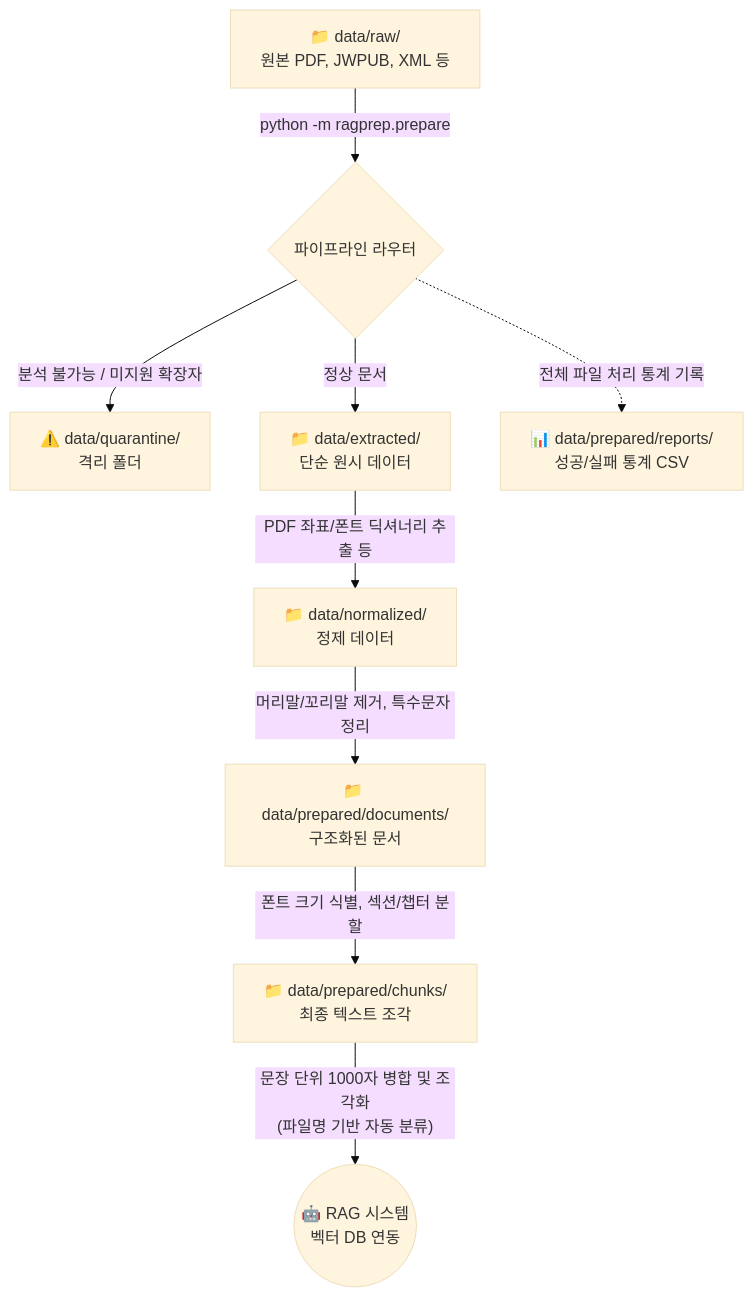
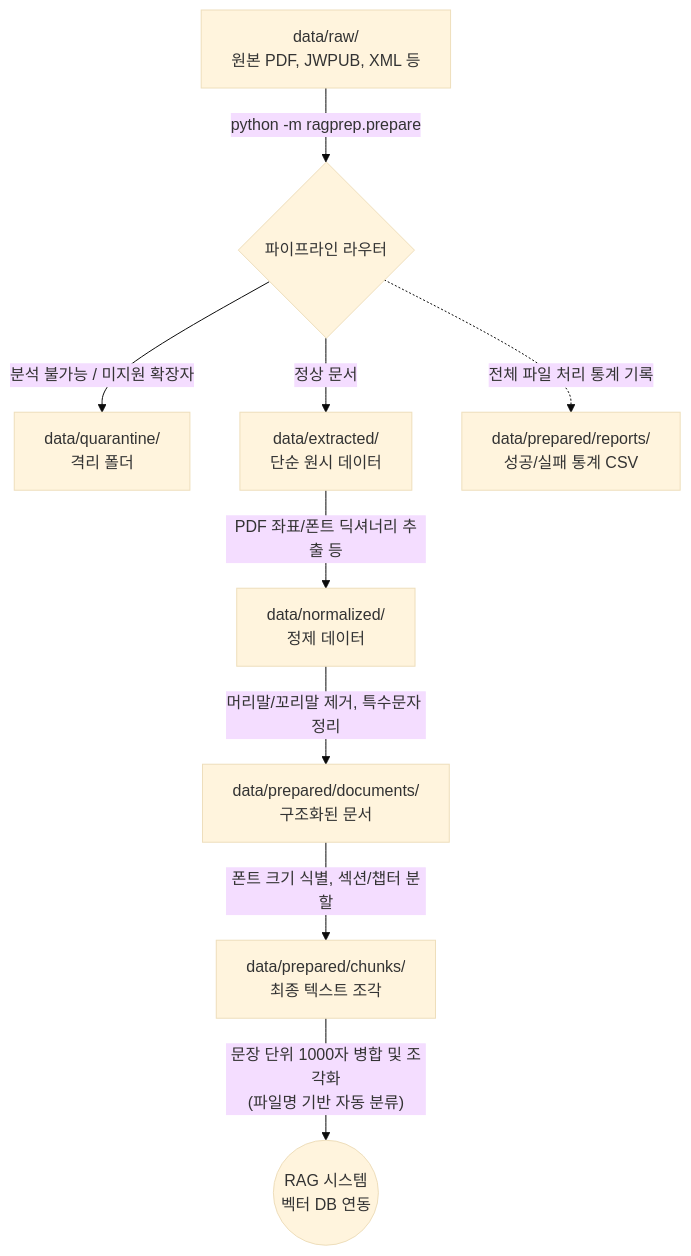
Before and after one commit to BrianChanLEE/RAG-Data-Preparation-Pipeline: the diagram in USAGE_GUIDE.md, drawn with Mermaid (base theme). The commit also changed other lines of this file and 8 other files, not shown here.

````diff
--- a/USAGE_GUIDE.md
+++ b/USAGE_GUIDE.md
@@ -26,17 +26,17 @@
 ```mermaid
 graph TD
-    RAW["📁 data/raw/ <br/>원본 PDF, JWPUB, XML 등"] -->|"python -m ragprep.prepare"| ROUTER{"파이프라인 라우터"}
+    RAW[" data/raw/ <br/>원본 PDF, JWPUB, XML 등"] -->|"python -m ragprep.prepare"| ROUTER{"파이프라인 라우터"}
     
-    ROUTER -->|"분석 불가능 / 미지원 확장자"| QUAR["⚠️ data/quarantine/<br/>격리 폴더"]
-    ROUTER -->|"정상 문서"| EXTRACT["📁 data/extracted/<br/>단순 원시 데이터"]
+    ROUTER -->|"분석 불가능 / 미지원 확장자"| QUAR[" data/quarantine/<br/>격리 폴더"]
+    ROUTER -->|"정상 문서"| EXTRACT[" data/extracted/<br/>단순 원시 데이터"]
     
-    EXTRACT -->|"PDF 좌표/폰트 딕셔너리 추출 등"| NORMALIZE["📁 data/normalized/<br/>정제 데이터"]
+    EXTRACT -->|"PDF 좌표/폰트 딕셔너리 추출 등"| NORMALIZE[" data/normalized/<br/>정제 데이터"]
     
-    NORMALIZE -->|"머리말/꼬리말 제거, 특수문자 정리"| DOCUMENT["📁 data/prepared/documents/<br/>구조화된 문서"]
+    NORMALIZE -->|"머리말/꼬리말 제거, 특수문자 정리"| DOCUMENT[" data/prepared/documents/<br/>구조화된 문서"]
     
-    DOCUMENT -->|"폰트 크기 식별, 섹션/챕터 분할"| CHUNKS["📁 data/prepared/chunks/<br/>최종 텍스트 조각"]
+    DOCUMENT -->|"폰트 크기 식별, 섹션/챕터 분할"| CHUNKS[" data/prepared/chunks/<br/>최종 텍스트 조각"]
     
-    CHUNKS -->|"문장 단위 1000자 병합 및 조각화<br/>(파일명 기반 자동 분류)"| RAG(("🤖 RAG 시스템<br/>벡터 DB 연동"))
+    CHUNKS -->|"문장 단위 1000자 병합 및 조각화<br/>(파일명 기반 자동 분류)"| RAG((" RAG 시스템<br/>벡터 DB 연동"))
     
-    ROUTER -.->|"전체 파일 처리 통계 기록"| REPORT["📊 data/prepared/reports/<br/>성공/실패 통계 CSV"]
+    ROUTER -.->|"전체 파일 처리 통계 기록"| REPORT[" data/prepared/reports/<br/>성공/실패 통계 CSV"]
 ```
````
